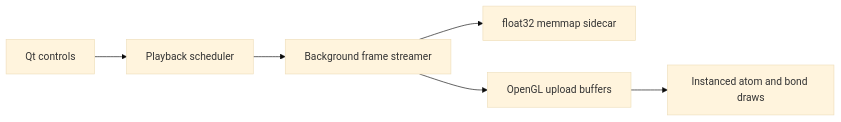
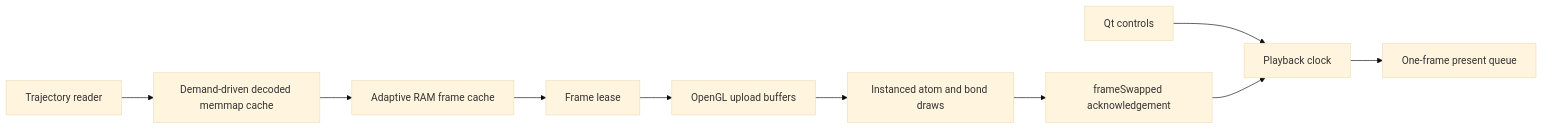
One commit to luosj1212/TrajPlayer changed the diagram in README.md. Above: the diagram before and after it, drawn with Mermaid (base theme). The commit also changed other lines of this file and 15 other files, not shown here.

Commit message:
Refactor frame presentation and cache ownership

````diff
--- a/README.md
+++ b/README.md
@@ -215,8 +215,12 @@
 ```mermaid
 flowchart LR
-    UI["Qt controls"] --> P["Playback scheduler"]
-    P --> S["Background frame streamer"]
-    S --> M["float32 memmap sidecar"]
-    S --> G["OpenGL upload buffers"]
+    UI["Qt controls"] --> P["Playback clock"]
+    P --> Q["One-frame present queue"]
+    D["Trajectory reader"] --> M["Demand-driven decoded memmap cache"]
+    M --> S["Adaptive RAM frame cache"]
+    S --> L["Frame lease"]
+    L --> G["OpenGL upload buffers"]
     G --> R["Instanced atom and bond draws"]
+    R --> A["frameSwapped acknowledgement"]
+    A --> P
 ```
````
